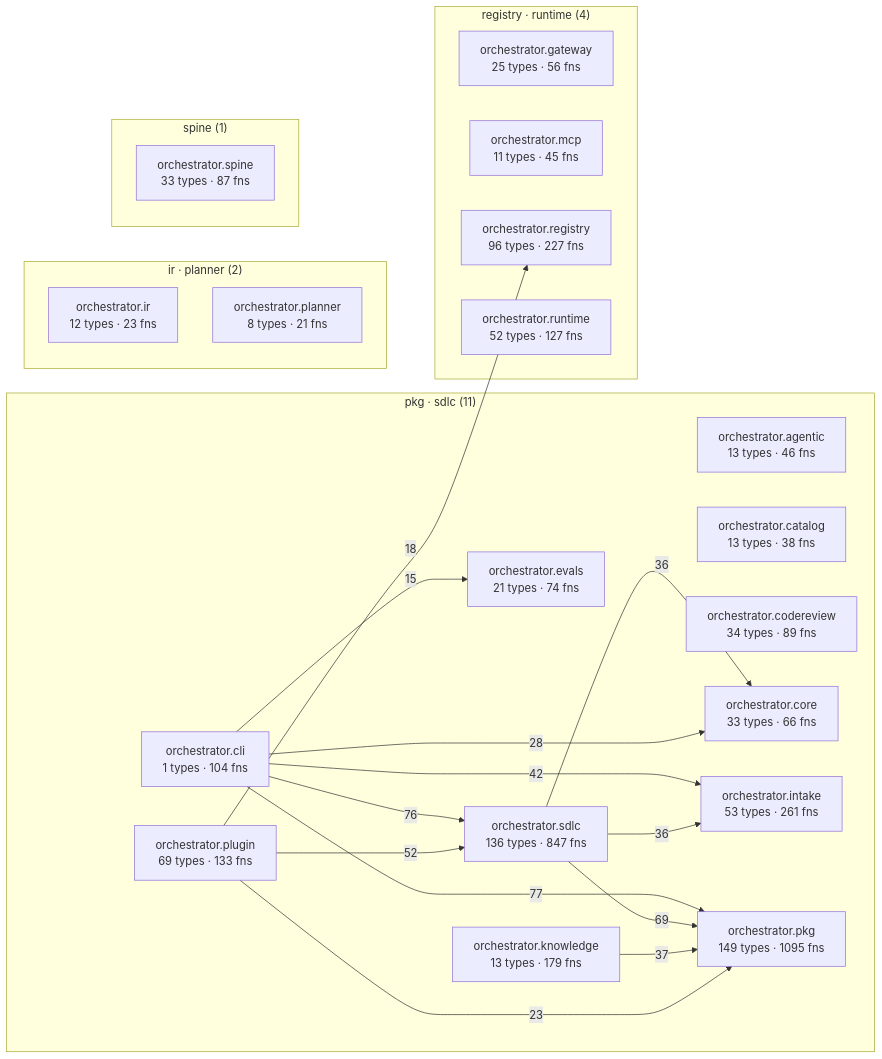
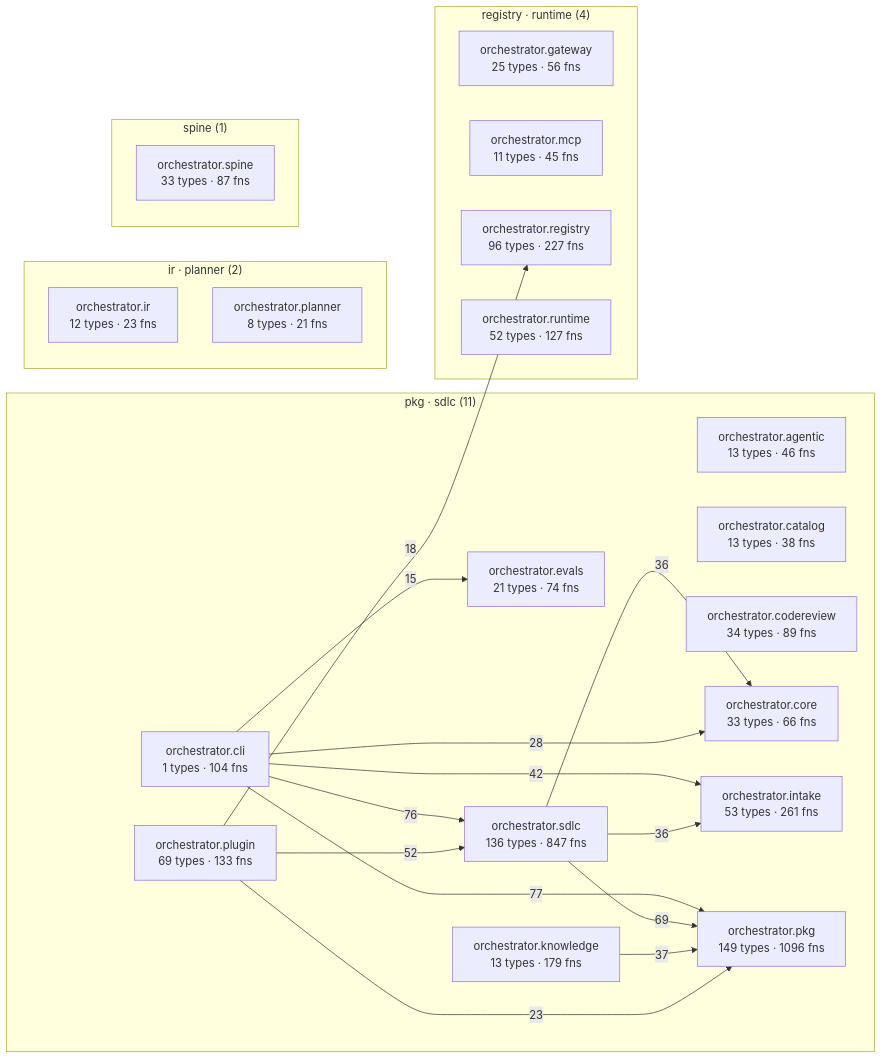
One commit to synaptixs/spine changed the diagram in episteme/architecture.md. Above: the diagram before and after it, drawn with Mermaid. The commit also changed other lines of this file and 9 other files, not shown here.

````diff
--- a/episteme/architecture.md
+++ b/episteme/architecture.md
@@ -55,41 +55,41 @@
 ```mermaid
 flowchart LR
   subgraph c_2["pkg · sdlc (11)"]
     aorchestratoragentic["orchestrator.agentic<br/>13 types · 46 fns"]
     aorchestratorcatalog["orchestrator.catalog<br/>13 types · 38 fns"]
     aorchestratorcli["orchestrator.cli<br/>1 types · 104 fns"]
     aorchestratorcodereview["orchestrator.codereview<br/>34 types · 89 fns"]
     aorchestratorcore["orchestrator.core<br/>33 types · 66 fns"]
     aorchestratorevals["orchestrator.evals<br/>21 types · 74 fns"]
     aorchestratorintake["orchestrator.intake<br/>53 types · 261 fns"]
     aorchestratorknowledge["orchestrator.knowledge<br/>13 types · 179 fns"]
-    aorchestratorpkg["orchestrator.pkg<br/>149 types · 1095 fns"]
+    aorchestratorpkg["orchestrator.pkg<br/>149 types · 1096 fns"]
     aorchestratorplugin["orchestrator.plugin<br/>69 types · 133 fns"]
     aorchestratorsdlc["orchestrator.sdlc<br/>136 types · 847 fns"]
   end
   subgraph c_4["registry · runtime (4)"]
     aorchestratorgateway["orchestrator.gateway<br/>25 types · 56 fns"]
     aorchestratormcp["orchestrator.mcp<br/>11 types · 45 fns"]
     aorchestratorregistry["orchestrator.registry<br/>96 types · 227 fns"]
     aorchestratorruntime["orchestrator.runtime<br/>52 types · 127 fns"]
   end
   subgraph c_6["ir · planner (2)"]
     aorchestratorir["orchestrator.ir<br/>12 types · 23 fns"]
     aorchestratorplanner["orchestrator.planner<br/>8 types · 21 fns"]
   end
   subgraph c_11["spine (1)"]
     aorchestratorspine["orchestrator.spine<br/>33 types · 87 fns"]
   end
   aorchestratorcli -->|77| aorchestratorpkg
   aorchestratorcli -->|76| aorchestratorsdlc
   aorchestratorsdlc -->|69| aorchestratorpkg
   aorchestratorplugin -->|52| aorchestratorsdlc
   aorchestratorcli -->|42| aorchestratorintake
   aorchestratorknowledge -->|37| aorchestratorpkg
   aorchestratorsdlc -->|36| aorchestratorcore
   aorchestratorsdlc -->|36| aorchestratorintake
   aorchestratorcli -->|28| aorchestratorcore
   aorchestratorplugin -->|23| aorchestratorpkg
   aorchestratorplugin -->|18| aorchestratorregistry
   aorchestratorcli -->|15| aorchestratorevals
 ```
````
